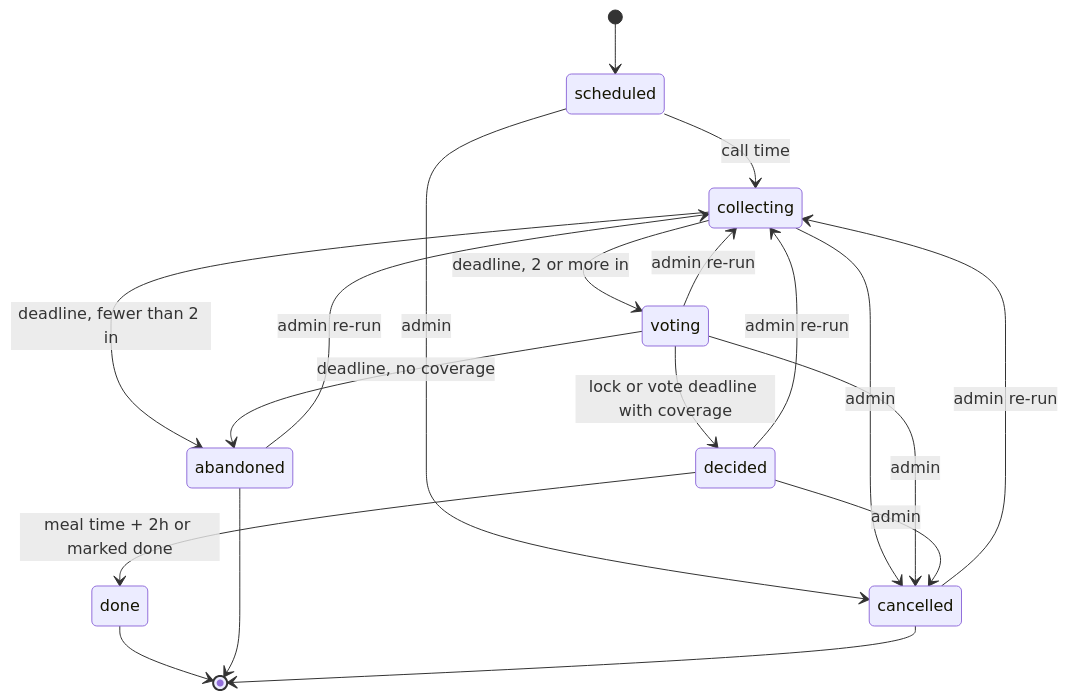
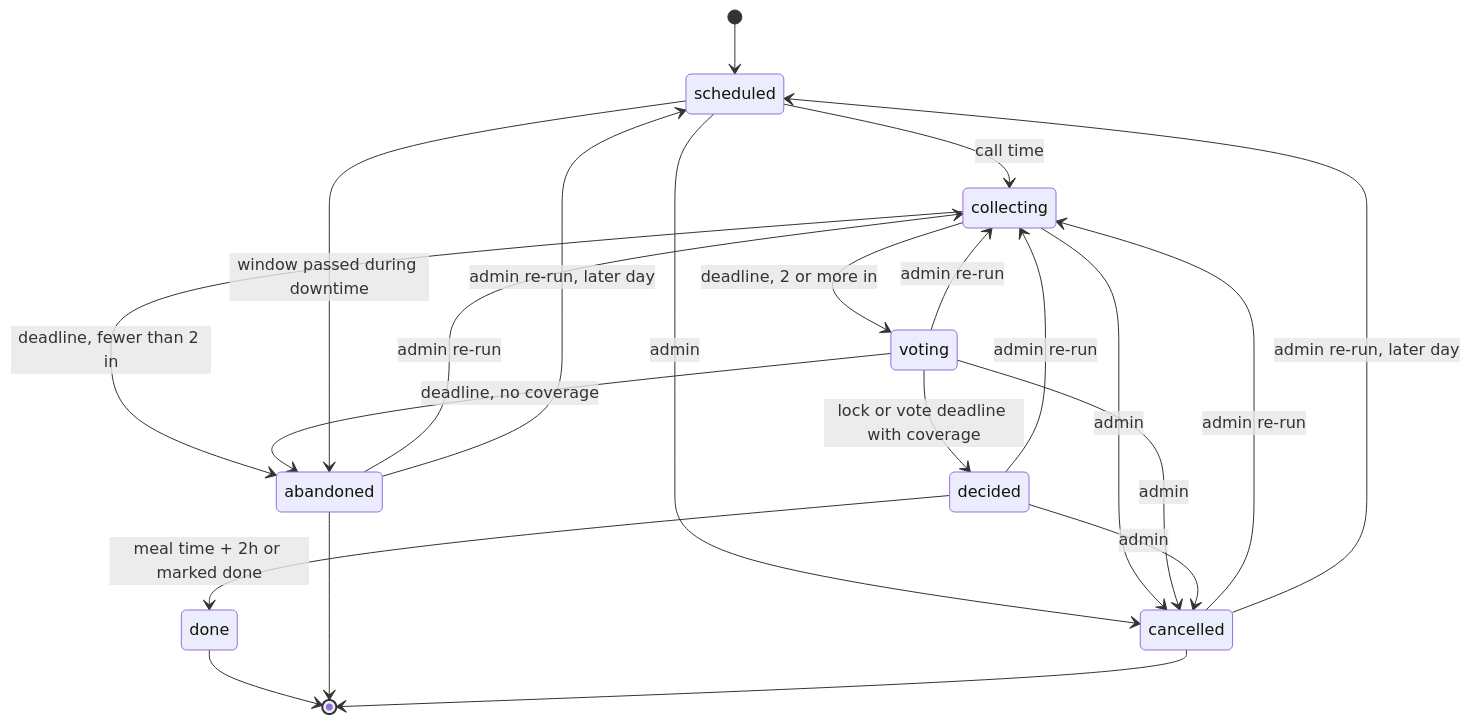
One commit to dsmorgan/dinnerbell changed the diagram in docs/spec.md. Above: the diagram before and after it, drawn with Mermaid. The commit also changed other lines of this file and 12 other files, not shown here.

````diff
--- a/docs/spec.md
+++ b/docs/spec.md
@@ -301,21 +301,24 @@
 ```mermaid
 stateDiagram-v2
     [*] --> scheduled
     scheduled --> collecting: call time
     collecting --> abandoned: deadline, fewer than 2 in
     collecting --> voting: deadline, 2 or more in
     voting --> decided: lock or vote deadline with coverage
     voting --> abandoned: deadline, no coverage
     decided --> done: meal time + 2h or marked done
     scheduled --> cancelled: admin
+    scheduled --> abandoned: window passed during downtime
     collecting --> cancelled: admin
     voting --> cancelled: admin
     decided --> cancelled: admin
     voting --> collecting: admin re-run
     decided --> collecting: admin re-run
     abandoned --> collecting: admin re-run
     cancelled --> collecting: admin re-run
+    abandoned --> scheduled: admin re-run, later day
+    cancelled --> scheduled: admin re-run, later day
     done --> [*]
     abandoned --> [*]
     cancelled --> [*]
 ```
````
